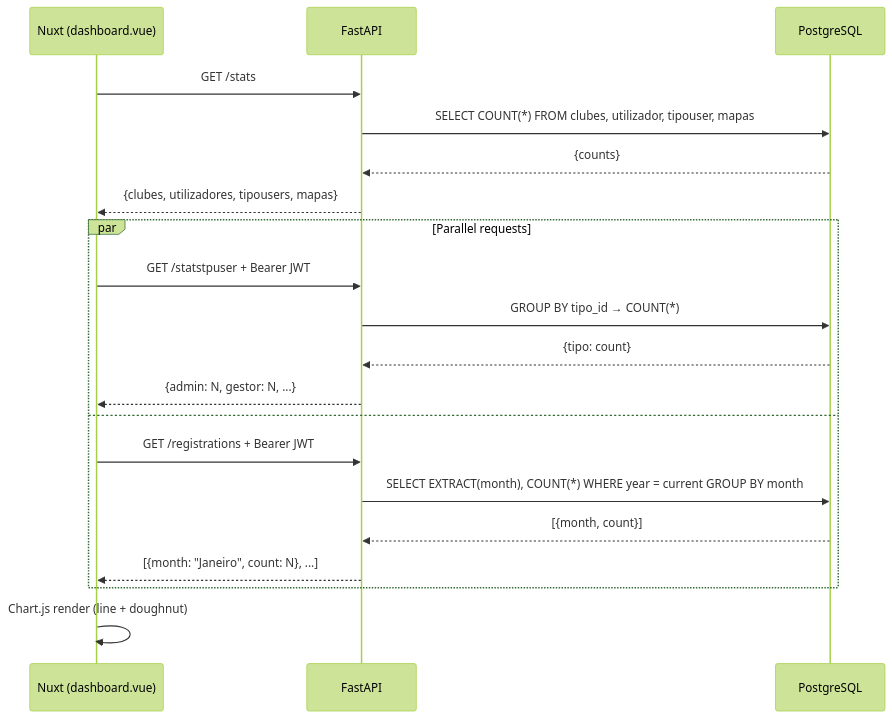
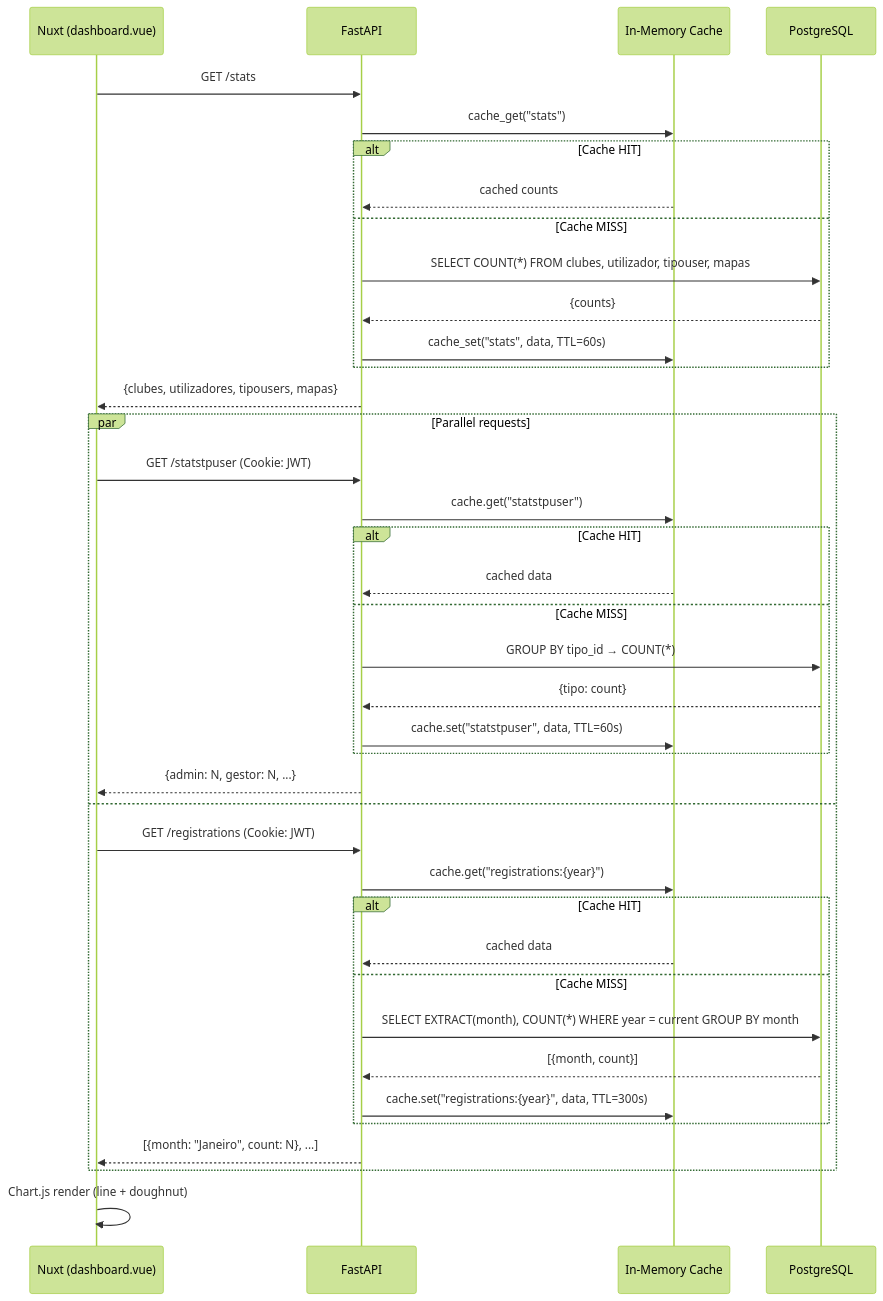
Before and after one commit to Wand-DenaXy/-Manueli-s-Clubes: the ninth of 9 diagrams in README.md, drawn with Mermaid (forest theme). The commit also changed other lines of this file and 20 other files, not shown here.

````diff
--- a/README.md
+++ b/README.md
@@ -246,25 +259,44 @@
 ```mermaid
 sequenceDiagram
     participant F as Nuxt (dashboard.vue)
     participant API as FastAPI
+    participant Cache as In-Memory Cache
     participant DB as PostgreSQL
 
     F->>API: GET /stats
-    API->>DB: SELECT COUNT(*) FROM clubes, utilizador, tipouser, mapas
-    DB-->>API: {counts}
+    API->>Cache: cache_get("stats")
+    alt Cache HIT
+        Cache-->>API: cached counts
+    else Cache MISS
+        API->>DB: SELECT COUNT(*) FROM clubes, utilizador, tipouser, mapas
+        DB-->>API: {counts}
+        API->>Cache: cache_set("stats", data, TTL=60s)
+    end
     API-->>F: {clubes, utilizadores, tipousers, mapas}
 
     par Parallel requests
-        F->>API: GET /statstpuser + Bearer JWT
-        API->>DB: GROUP BY tipo_id → COUNT(*)
-        DB-->>API: {tipo: count}
+        F->>API: GET /statstpuser (Cookie: JWT)
+        API->>Cache: cache.get("statstpuser")
+        alt Cache HIT
+            Cache-->>API: cached data
+        else Cache MISS
+            API->>DB: GROUP BY tipo_id → COUNT(*)
+            DB-->>API: {tipo: count}
+            API->>Cache: cache.set("statstpuser", data, TTL=60s)
+        end
         API-->>F: {admin: N, gestor: N, ...}
     and
-        F->>API: GET /registrations + Bearer JWT
-        API->>DB: SELECT EXTRACT(month), COUNT(*) WHERE year = current GROUP BY month
-        DB-->>API: [{month, count}]
+        F->>API: GET /registrations (Cookie: JWT)
+        API->>Cache: cache.get("registrations:{year}")
+        alt Cache HIT
+            Cache-->>API: cached data
+        else Cache MISS
+            API->>DB: SELECT EXTRACT(month), COUNT(*) WHERE year = current GROUP BY month
+            DB-->>API: [{month, count}]
+            API->>Cache: cache.set("registrations:{year}", data, TTL=300s)
+        end
         API-->>F: [{month: "Janeiro", count: N}, ...]
     end
 
     F->>F: Chart.js render (line + doughnut)
 ```
````
